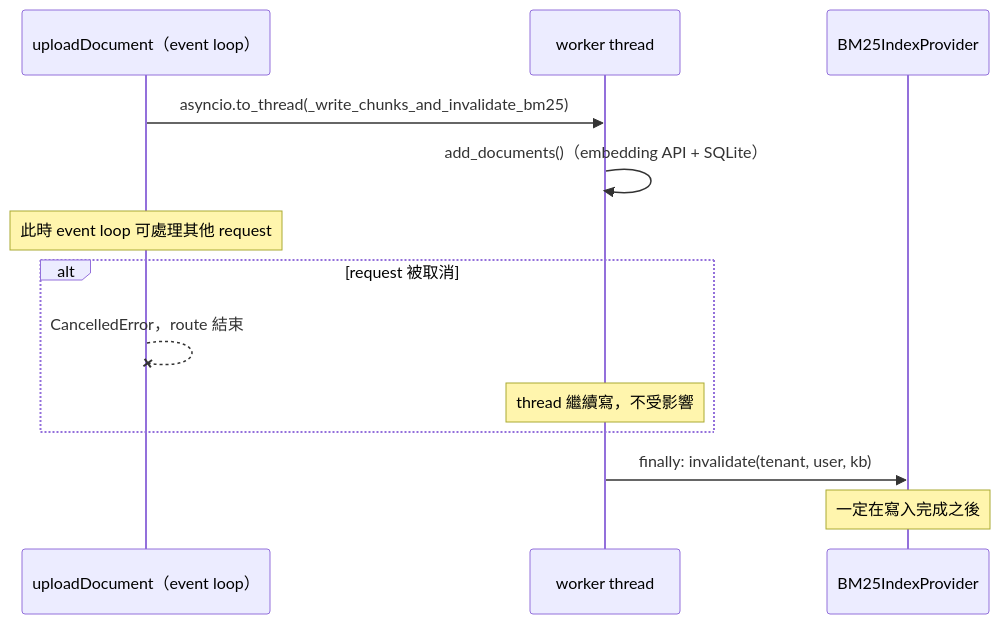
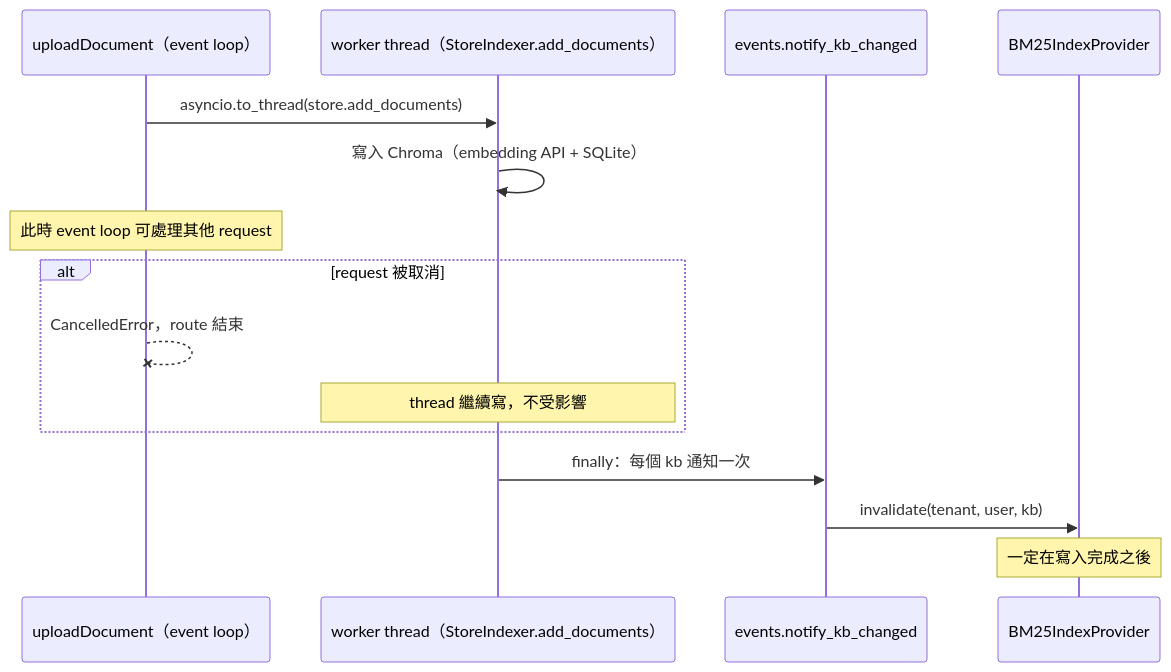
Before and after one commit to jltz1207/LoginFastapi: the eighth of 9 diagrams in docs/vectorstore/vectorstore-retriever-structure-20261009.md, drawn with Mermaid. The commit also changed other lines of this file and 11 other files, not shown here.

First line of the commit message:
refactor vector store: invalidate BM25 cache on every StoreIndexer write, add TTL

````diff
--- a/docs/vectorstore/vectorstore-retriever-structure-20261009.md
+++ b/docs/vectorstore/vectorstore-retriever-structure-20261009.md
@@ -443,16 +453,18 @@
 ```mermaid
 sequenceDiagram
     participant R as uploadDocument（event loop）
-    participant W as worker thread
+    participant W as worker thread（StoreIndexer.add_documents）
+    participant E as events.notify_kb_changed
     participant P as BM25IndexProvider
 
-    R->>W: asyncio.to_thread(_write_chunks_and_invalidate_bm25)
-    W->>W: add_documents()（embedding API + SQLite）
+    R->>W: asyncio.to_thread(store.add_documents)
+    W->>W: 寫入 Chroma（embedding API + SQLite）
     Note over R: 此時 event loop 可處理其他 request
     alt request 被取消
         R--xR: CancelledError，route 結束
         Note over W: thread 繼續寫，不受影響
     end
-    W->>P: finally: invalidate(tenant, user, kb)
+    W->>E: finally：每個 kb 通知一次
+    E->>P: invalidate(tenant, user, kb)
     Note over P: 一定在寫入完成之後
 ```
````
